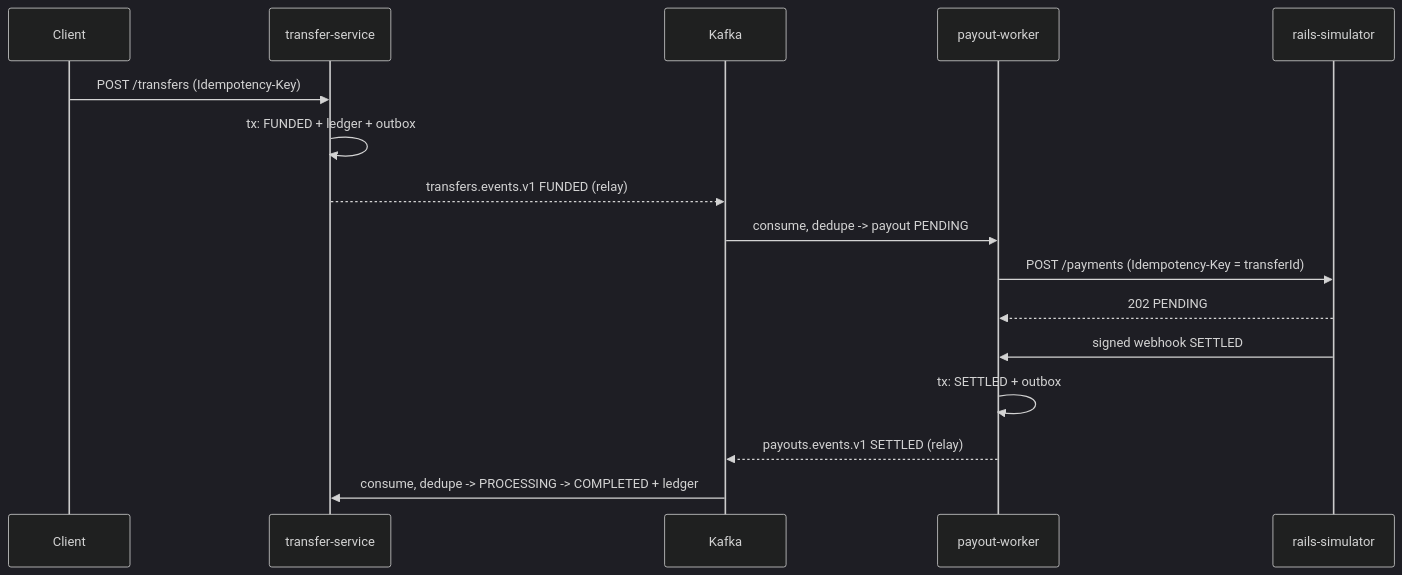
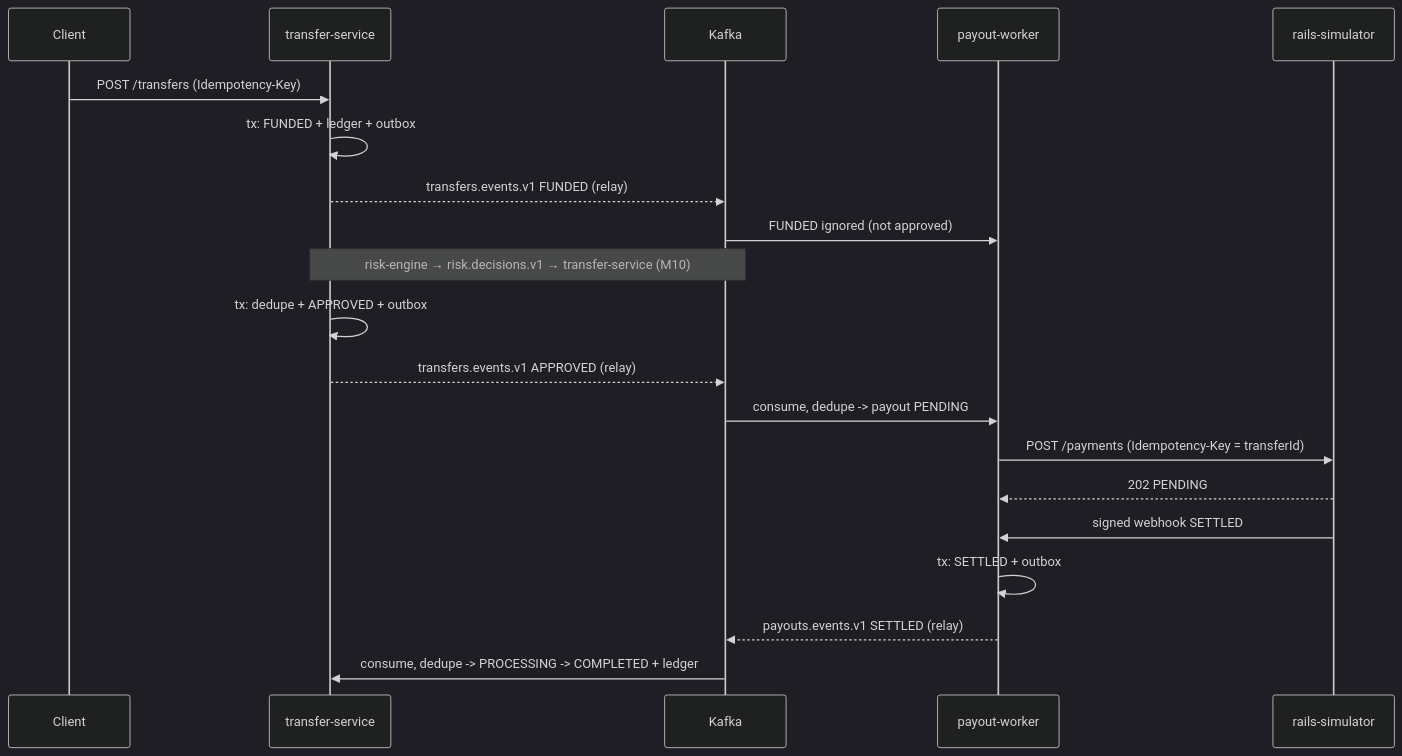
One commit to nurtayzhanbol-svg/wise-lite changed the fourth of 4 diagrams in docs/architecture.md. Above: the diagram before and after it, drawn with Mermaid (dark theme). The commit also changed other lines of this file and 51 other files, not shown here.

First line of the commit message:
M10: end-to-end risk gating with HELD transfers

````diff
--- a/docs/architecture.md
+++ b/docs/architecture.md
@@ -74,18 +84,22 @@
 ```mermaid
 sequenceDiagram
     participant C as Client
     participant T as transfer-service
     participant K as Kafka
     participant P as payout-worker
     participant R as rails-simulator
     C->>T: POST /transfers (Idempotency-Key)
     T->>T: tx: FUNDED + ledger + outbox
     T-->>K: transfers.events.v1 FUNDED (relay)
+    K->>P: FUNDED ignored (not approved)
+    Note over K,T: risk-engine → risk.decisions.v1 → transfer-service (M10)
+    T->>T: tx: dedupe + APPROVED + outbox
+    T-->>K: transfers.events.v1 APPROVED (relay)
     K->>P: consume, dedupe -> payout PENDING
     P->>R: POST /payments (Idempotency-Key = transferId)
     R-->>P: 202 PENDING
     R->>P: signed webhook SETTLED
     P->>P: tx: SETTLED + outbox
     P-->>K: payouts.events.v1 SETTLED (relay)
     K->>T: consume, dedupe -> PROCESSING -> COMPLETED + ledger
 ```
````
